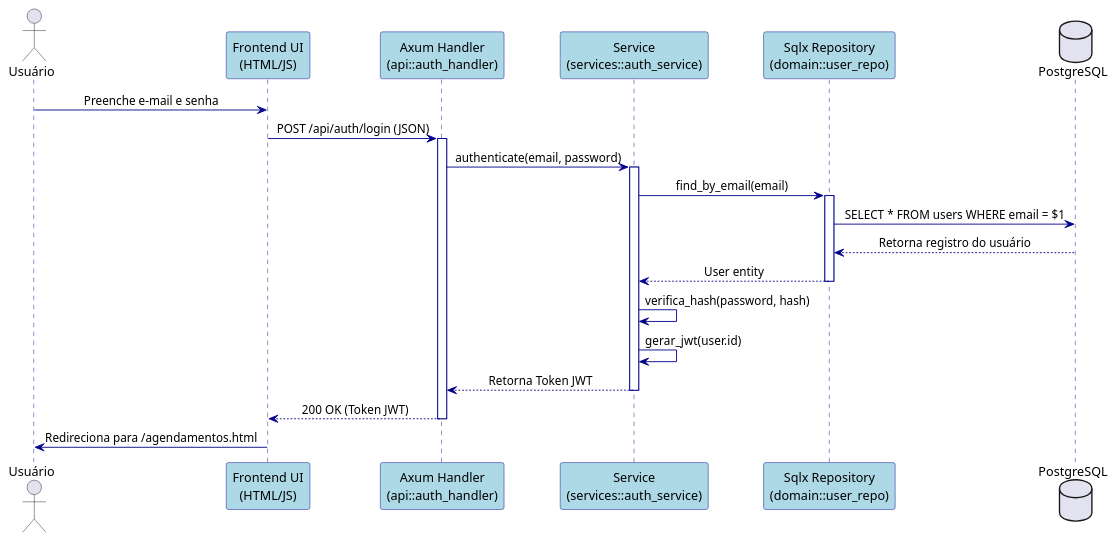
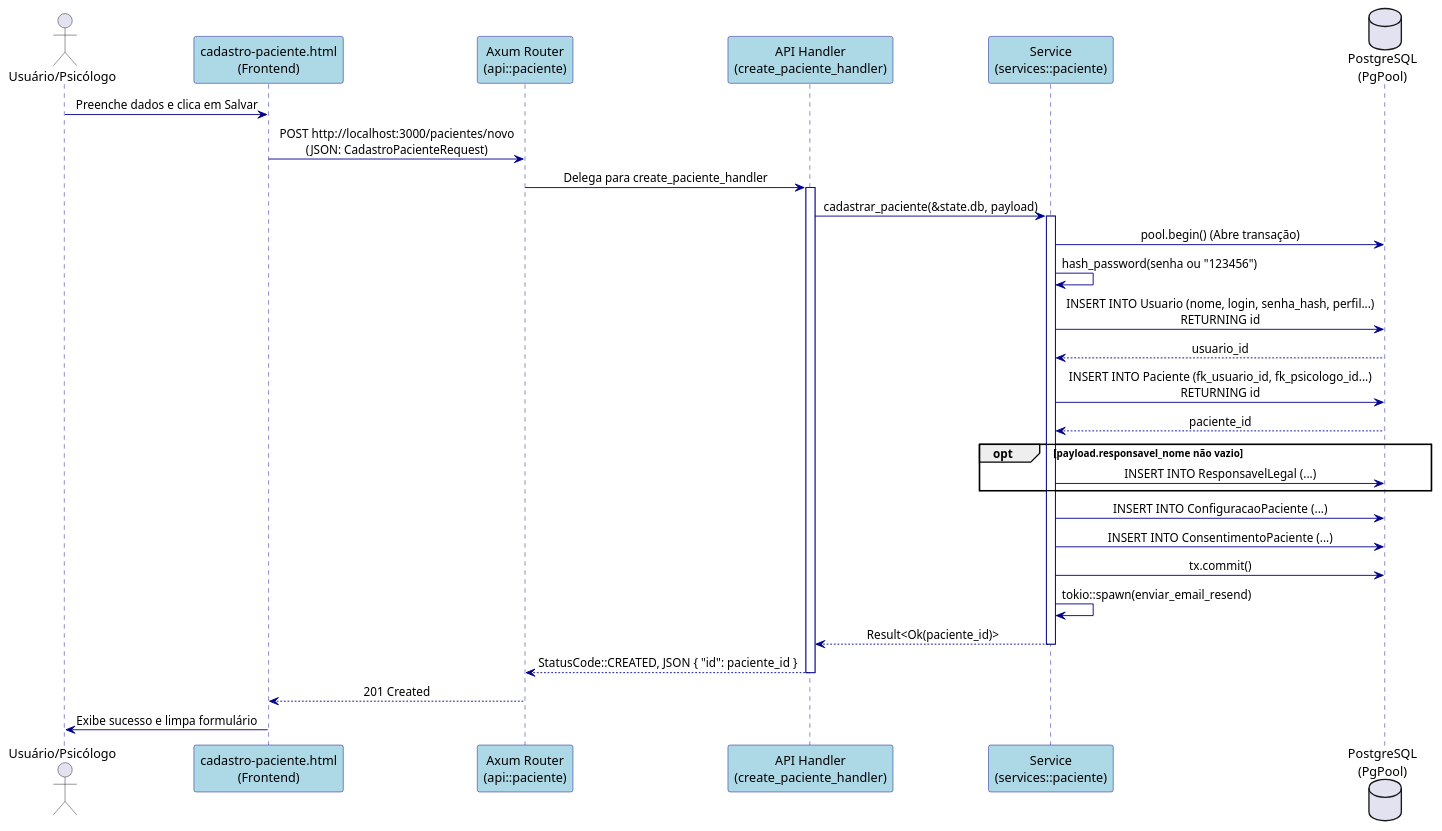
One commit to Matheus-Allvz/PsiSoft changed the first of 2 diagrams in docs/architecture/c4-implementacao/04-sequencia-classes.md. Above: the diagram before and after it, drawn with PlantUML. The commit also changed other lines of this file and 19 other files, not shown here.

First line of the commit message:
fix(e2e): Integração completa e estabilização do fluxo de cadastro de paciente

````diff
--- a/docs/architecture/c4-implementacao/04-sequencia-classes.md
+++ b/docs/architecture/c4-implementacao/04-sequencia-classes.md
@@ -9,41 +9,51 @@
 ```plantuml
 @startuml
 skinparam defaultTextAlignment center
 skinparam sequence {
     ParticipantBackgroundColor LightBlue
     ParticipantBorderColor DarkBlue
     LifeLineBorderColor DarkBlue
     ArrowColor DarkBlue
 }
 
-actor "Usuário" as User
-participant "Frontend UI\n(HTML/JS)" as UI
-participant "Axum Handler\n(api::auth_handler)" as Handler
-participant "Service\n(services::auth_service)" as Service
-participant "Sqlx Repository\n(domain::user_repo)" as Repo
-database "PostgreSQL" as DB
+actor "Usuário/Psicólogo" as User
+participant "cadastro-paciente.html\n(Frontend)" as UI
+participant "Axum Router\n(api::paciente)" as Router
+participant "API Handler\n(create_paciente_handler)" as Handler
+participant "Service\n(services::paciente)" as Service
+database "PostgreSQL\n(PgPool)" as DB
 
-User -> UI : Preenche e-mail e senha
-UI -> Handler : POST /api/auth/login (JSON)
+User -> UI : Preenche dados e clica em Salvar
+UI -> Router : POST http://localhost:3000/pacientes/novo\n(JSON: CadastroPacienteRequest)
+Router -> Handler : Delega para create_paciente_handler
 activate Handler
-    Handler -> Service : authenticate(email, password)
+    Handler -> Service : cadastrar_paciente(&state.db, payload)
     activate Service
-        Service -> Repo : find_by_email(email)
-        activate Repo
-            Repo -> DB : SELECT * FROM users WHERE email = $1
-            DB --> Repo : Retorna registro do usuário
-            Repo --> Service : User entity
-        deactivate Repo
+        Service -> DB : pool.begin() (Abre transação)
+        Service -> Service : hash_password(senha ou "123456")
         
-        Service -> Service : verifica_hash(password, hash)
-        Service -> Service : gerar_jwt(user.id)
+        Service -> DB : INSERT INTO Usuario (nome, login, senha_hash, perfil...)\nRETURNING id
+        DB --> Service : usuario_id
         
-        Service --> Handler : Retorna Token JWT
+        Service -> DB : INSERT INTO Paciente (fk_usuario_id, fk_psicologo_id...)\nRETURNING id
+        DB --> Service : paciente_id
+        
+        opt payload.responsavel_nome não vazio
+            Service -> DB : INSERT INTO ResponsavelLegal (...)
+        end
+        
+        Service -> DB : INSERT INTO ConfiguracaoPaciente (...)
+        Service -> DB : INSERT INTO ConsentimentoPaciente (...)
+        
+        Service -> DB : tx.commit()
+        
+        Service -> Service : tokio::spawn(enviar_email_resend)
+        Service --> Handler : Result<Ok(paciente_id)>
     deactivate Service
     
-    Handler --> UI : 200 OK (Token JWT)
+    Handler --> Router : StatusCode::CREATED, JSON { "id": paciente_id }
 deactivate Handler
-
-UI -> User : Redireciona para /agendamentos.html
+Router --> UI : 201 Created
+UI -> User : Exibe sucesso e limpa formulário
 @enduml
 ```
````
